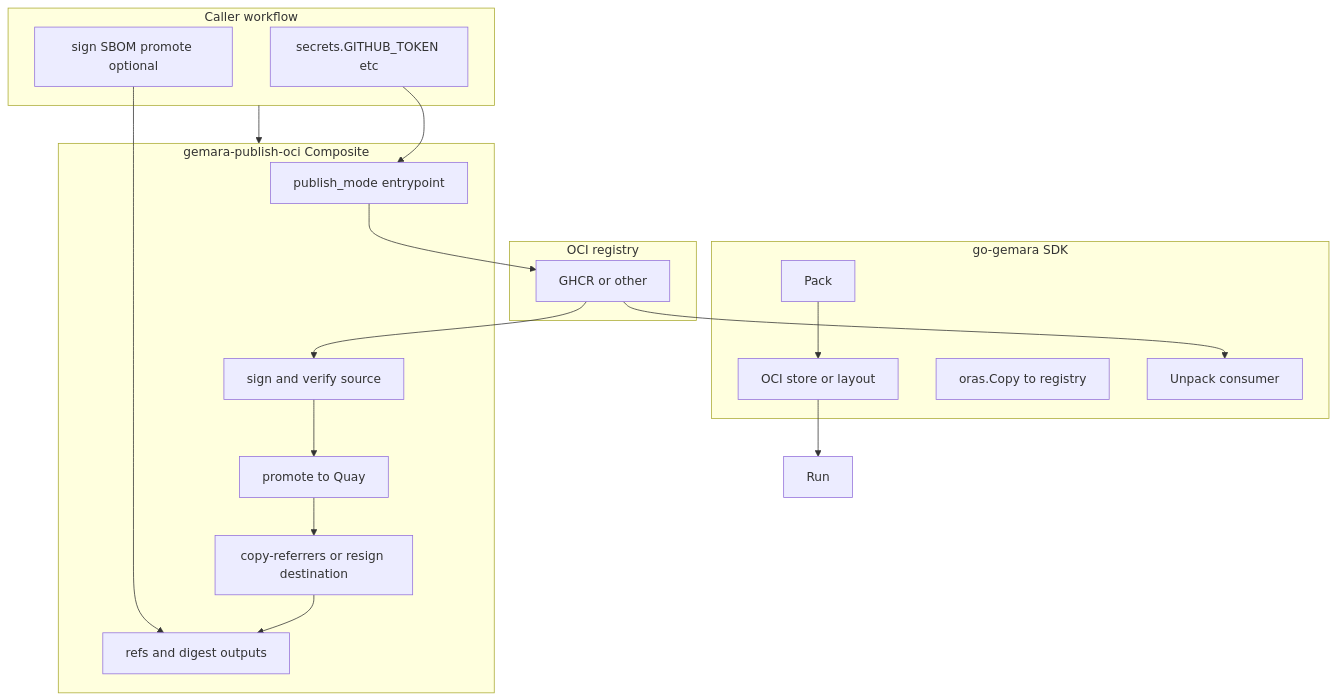
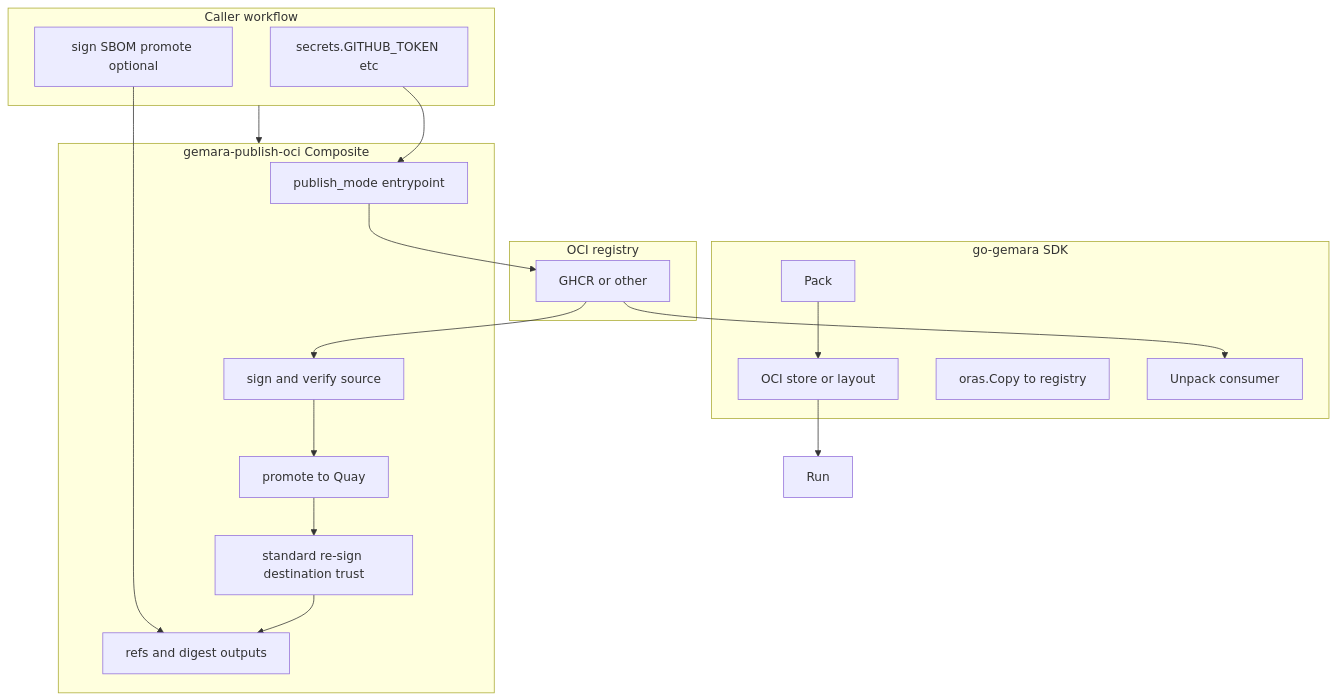
One commit to sonupreetam/gemara-publish-oci changed the diagram in docs/DESIGN-FOR-REVIEW.md. Above: the diagram before and after it, drawn with Mermaid. The commit also changed other lines of this file and 3 other files, not shown here.

````diff
--- a/docs/DESIGN-FOR-REVIEW.md
+++ b/docs/DESIGN-FOR-REVIEW.md
@@ -52,34 +52,34 @@
 ```mermaid
 flowchart TB
   subgraph sdk [go-gemara SDK]
     Pack[Pack]
     Store[OCI store or layout]
     Copy[oras.Copy to registry]
     Unpack[Unpack consumer]
   end
   subgraph action [gemara-publish-oci Composite]
     Publish[publish_mode entrypoint]
     SignSrc[sign and verify source]
     Promote[promote to Quay]
-    Trust[copy-referrers or resign destination]
+    Trust[standard re-sign destination trust]
     Out[refs and digest outputs]
   end
   subgraph ci [Caller workflow]
     Secrets[secrets.GITHUB_TOKEN etc]
     Later[sign SBOM promote optional]
   end
   subgraph reg [OCI registry]
     GHCR[GHCR or other]
   end
   Pack --> Store
   Store --> Run
   Publish --> GHCR
   GHCR --> SignSrc
   SignSrc --> Promote
   Promote --> Trust
   Trust --> Out
   Secrets --> Publish
   GHCR --> Unpack
   ci --> action
   Later --> Out
 ```
````
